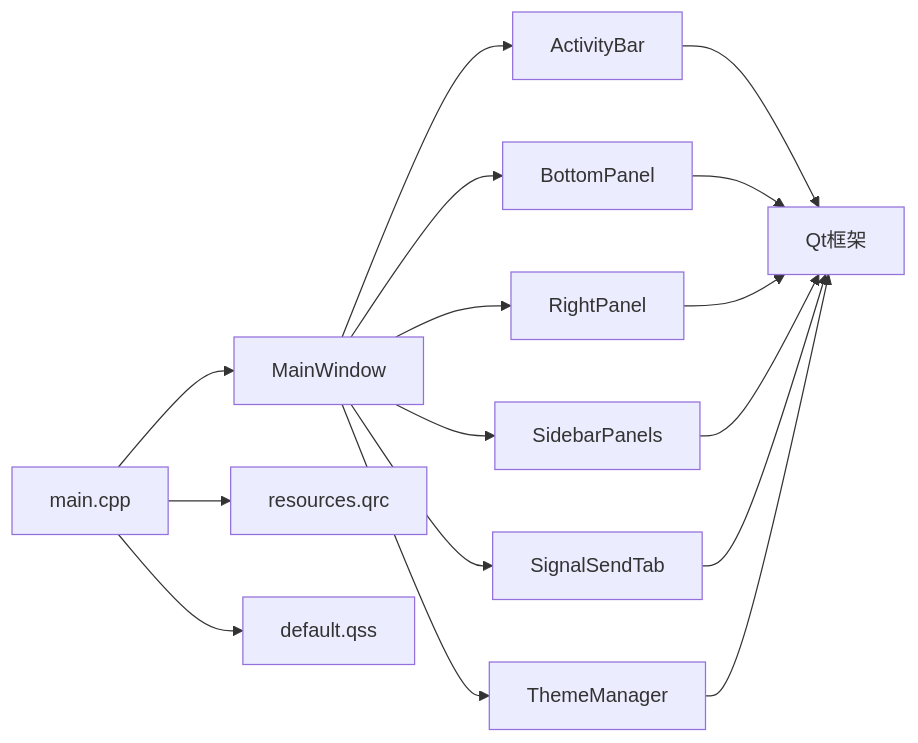
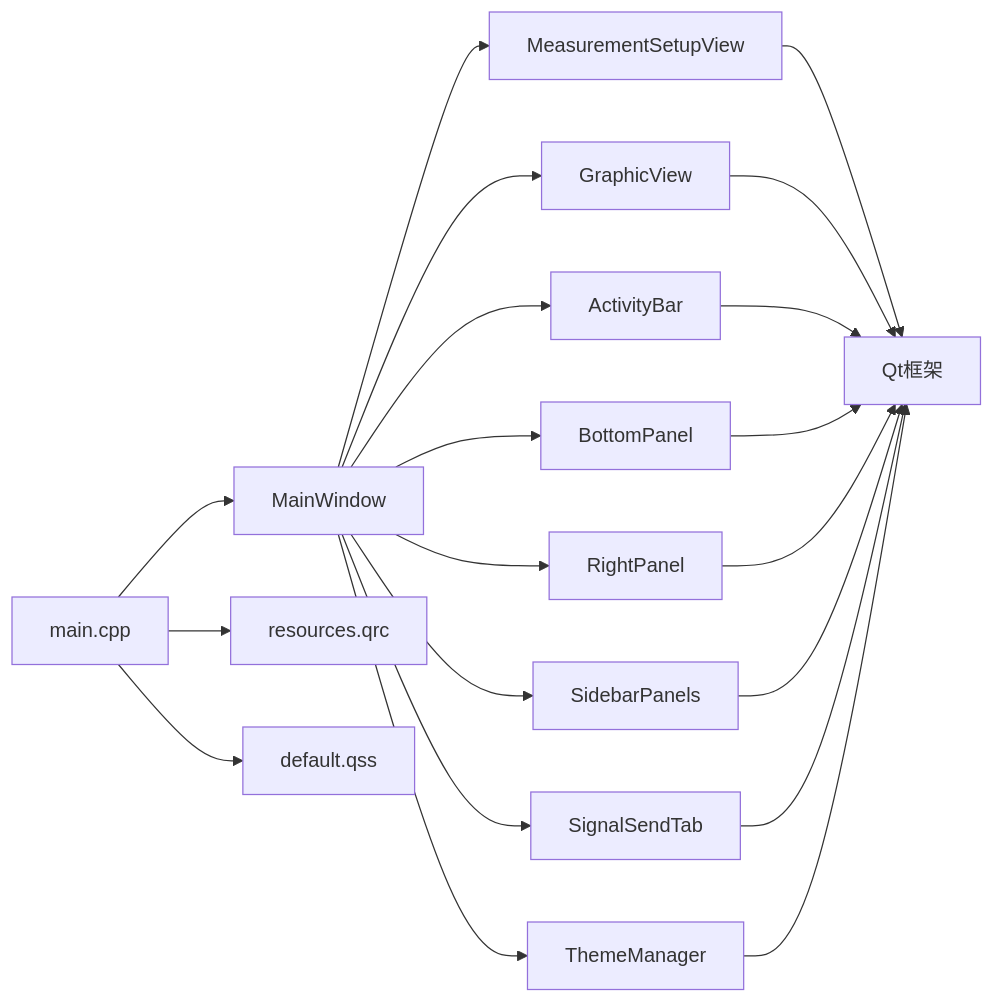
The fourth of 4 diagrams in .qoder/repowiki/zh/content/架构设计/主窗口组件架构.md (jakecai1225-design/OpenBus), drawn with Mermaid before and after one commit. The commit also changed other lines of this file and 31 other files, not shown here.

````diff
--- a/.qoder/repowiki/zh/content/架构设计/主窗口组件架构.md
+++ b/.qoder/repowiki/zh/content/架构设计/主窗口组件架构.md
@@ -417,18 +497,22 @@
 ```mermaid
 graph LR
 Main["main.cpp"] --> MW["MainWindow"]
+MW --> MSV["MeasurementSetupView"]
+MW --> GV["GraphicView"]
 MW --> AB["ActivityBar"]
 MW --> BP["BottomPanel"]
 MW --> RP["RightPanel"]
 MW --> SP["SidebarPanels"]
 MW --> TAB["SignalSendTab"]
 MW --> TM["ThemeManager"]
-AB --> Qt["Qt框架"]
+MSV --> Qt["Qt框架"]
+GV --> Qt
+AB --> Qt
 BP --> Qt
 RP --> Qt
 SP --> Qt
 TAB --> Qt
 TM --> Qt
 Main --> Res["resources.qrc"]
 Main --> QSS["default.qss"]
 ```
````
